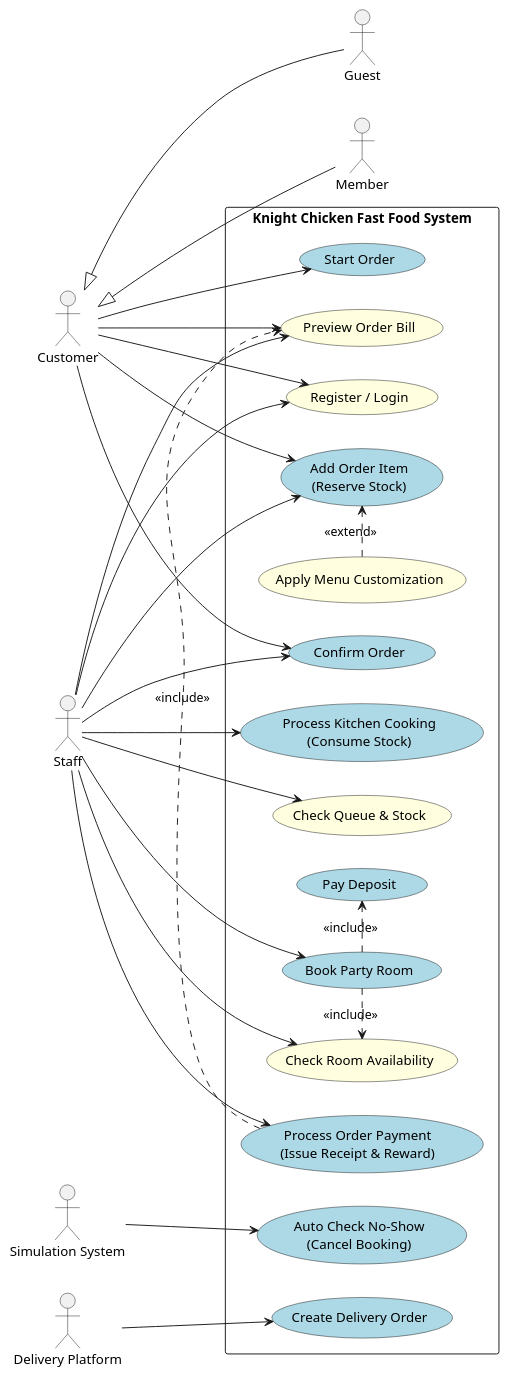
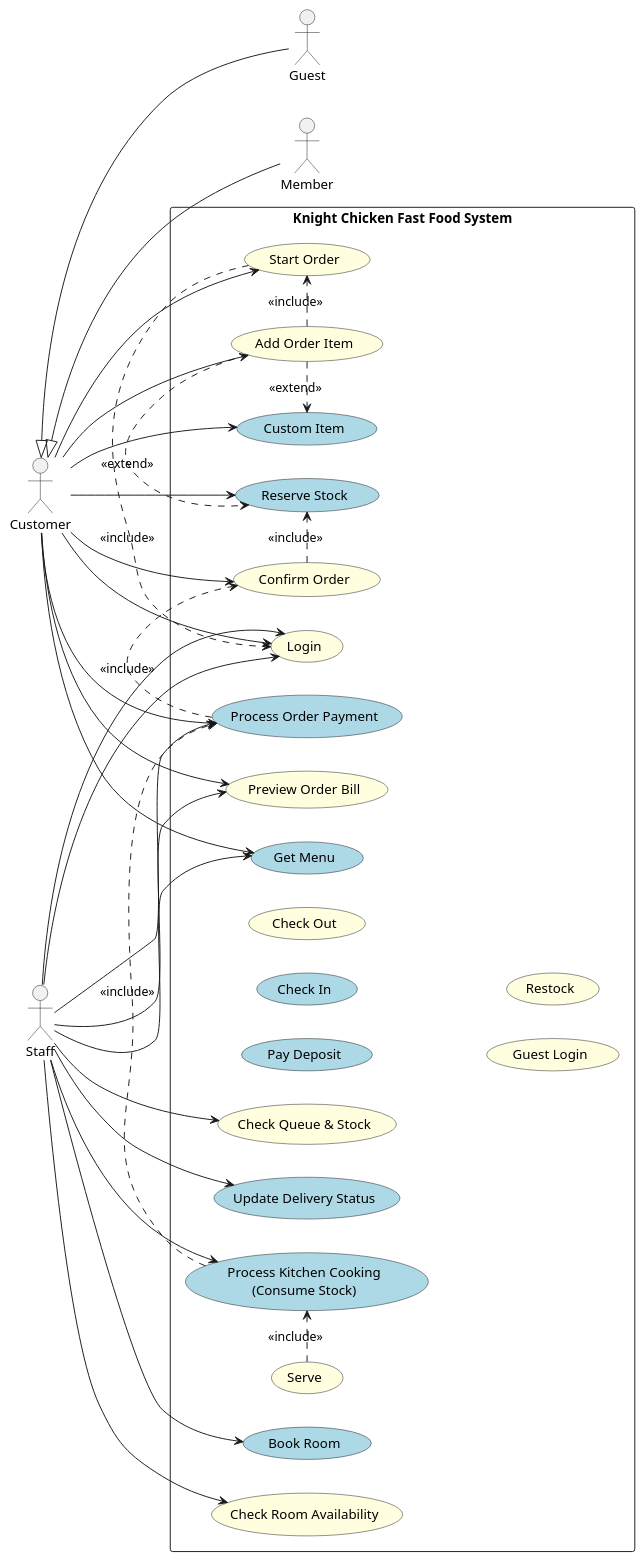
Before and after one commit to twrrippy/knight-chicken-oop: the diagram in shared/doc/use_diagram.puml, drawn with PlantUML.

```diff
--- a/shared/doc/use_diagram.puml
+++ b/shared/doc/use_diagram.puml
@@ -1,64 +1,92 @@
-@startuml
+@startuml KnightChickenUseCaseDiagram
 left to right direction
 skinparam packageStyle rectangle
 
 ' กำหนด Actor (มากกว่า 3 ตัว และมี Actor ภายนอก)
 actor "Customer" as cust
 actor "Guest" as guest
 actor "Member" as member
 actor "Staff" as staff
-actor "Simulation System" as clock
-actor "Delivery Platform" as delivery
+' actor "Delivery Platform" as delivery
 
 ' Generalization (เงื่อนไขบังคับ 1 จุด)
 guest -up-|> cust
 member -up-|> cust
 
 rectangle "Knight Chicken Fast Food System" {
     
     ' Use Case สีฟ้าอ่อน (ธุรกรรมที่ซับซ้อน นำไปเขียน Sequence Diagram)
-    usecase "Start Order" as UC_StartOrder #LightBlue
-    usecase "Add Order Item\n(Reserve Stock)" as UC_AddItem #LightBlue
-    usecase "Confirm Order" as UC_Confirm #LightBlue
-    usecase "Book Party Room" as UC_BookRoom #LightBlue
-    usecase "Process Order Payment\n(Issue Receipt & Reward)" as UC_Payment #LightBlue
-    usecase "Create Delivery Order" as UC_Delivery #LightBlue
+    ' Use Case สีเหลืองอ่อน (ทั่วไป ไม่ต้องเขียน Sequence Diagram)
+
+    ' Order Flow
+    usecase "Start Order" as UC_StartOrder #LightYellow
+    ' usecase "Start General Order" as UC_StartGenaralOrder #LightYellow
+    ' usecase "Start Delivery Order" as UC_StartGenaralOrder #LightYellow
+
+    usecase "Add Order Item" as UC_AddItem #LightYellow
+    usecase "Custom Item" as UC_Customize #LightBlue
+    ' usecase "Remove Item" as UC_Remove #LightYellow
+    usecase "Reserve Stock" as UC_Reserve #LightBlue
+    usecase "Confirm Order" as UC_Confirm #LightYellow
+    
+    usecase "Preview Order Bill" as UC_PreviewBill #LightYellow
+    usecase "Process Order Payment" as UC_Payment #LightBlue
+
     usecase "Process Kitchen Cooking\n(Consume Stock)" as UC_Cook #LightBlue
-    usecase "Auto Check No-Show\n(Cancel Booking)" as UC_AutoCancel #LightBlue
+    usecase "Serve" as UC_Serve #LightYellow
+
+    'Booking
     usecase "Pay Deposit" as UC_PayDeposit #LightBlue
+    usecase "Book Room" as UC_BookRoom #LightBlue
+    usecase "Check In" as UC_CheckIn #LightBlue
+    usecase "Check Out" as UC_CheckOut #LightYellow
 
-    ' Use Case สีเหลืองอ่อน (ทั่วไป ไม่ต้องเขียน Sequence Diagram)
-    usecase "Register / Login" as UC_Login #LightYellow
+    'Etc
+    usecase "Login" as UC_Login #LightYellow
+    usecase "Guest Login" as UC_LoginGuest #LightYellow
+    usecase "Get Menu" as UC_Menu #LightBlue
     usecase "Check Room Availability" as UC_CheckRoom #LightYellow
-    usecase "Preview Order Bill" as UC_PreviewBill #LightYellow
     usecase "Check Queue & Stock" as UC_CheckStock #LightYellow
-    usecase "Apply Menu Customization" as UC_Customize #LightYellow
+    usecase "Restock" as UC_Restock #LightYellow
+
+    usecase "Update Delivery Status" as UC_DeliveryStatus #LightBlue
 
     ' --- การเชื่อมโยง Actor กับ Use Case ---
+    cust --> UC_Menu
     cust --> UC_StartOrder
     cust --> UC_AddItem
+    cust --> UC_Reserve
     cust --> UC_Confirm
+    cust --> UC_Customize
     cust --> UC_Login
     cust --> UC_PreviewBill
+    cust --> UC_Payment
 
-    staff --> UC_AddItem
-    staff --> UC_Confirm
+    staff --> UC_Menu
+    staff --> UC_Login
     staff --> UC_BookRoom
     staff --> UC_Payment
     staff --> UC_Cook
     staff --> UC_CheckRoom
     staff --> UC_CheckStock
     staff --> UC_PreviewBill
     staff --> UC_Login
 
-    clock --> UC_AutoCancel
-    delivery --> UC_Delivery
+    staff --> UC_DeliveryStatus
 
     ' --- การเชื่อมโยง Include / Extend ---
-    UC_BookRoom .> UC_CheckRoom : <<include>>
-    UC_BookRoom .> UC_PayDeposit : <<include>>
-    UC_Payment .> UC_PreviewBill : <<include>>
-    UC_Customize .> UC_AddItem : <<extend>>
+    ' UC_BookRoom .> UC_PayDeposit : <<include>>
+    ' UC_Payment .> UC_PreviewBill : <<include>>
+    ' UC_Customize .> UC_AddItem : <<extend>>
+    UC_StartOrder .> UC_Login : <<include>>
+    UC_AddItem .> UC_StartOrder : <<include>>
+    UC_AddItem .> UC_Customize : <<extend>>
+    UC_AddItem .> UC_Reserve : <<extend>>
+    UC_Confirm .> UC_Reserve : <<include>>
+    UC_Payment .> UC_Confirm : <<include>>
+    UC_Cook .> UC_Payment : <<include>>
+    UC_Serve .> UC_Cook : <<include>>
+
 }
 
 @enduml
```
